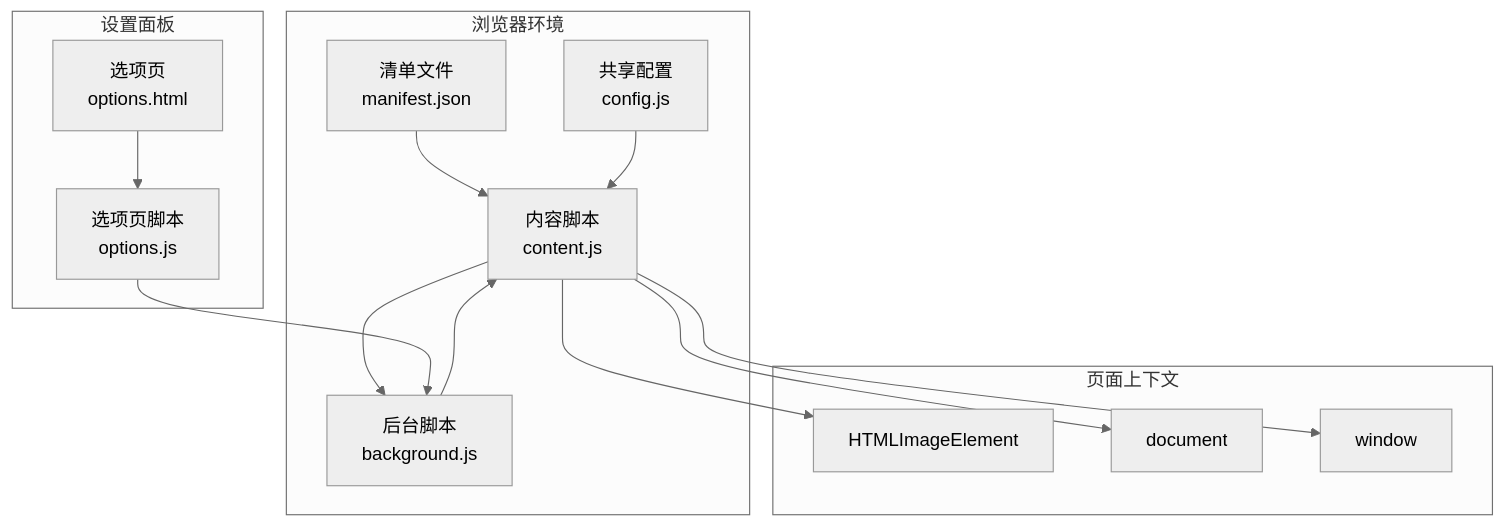
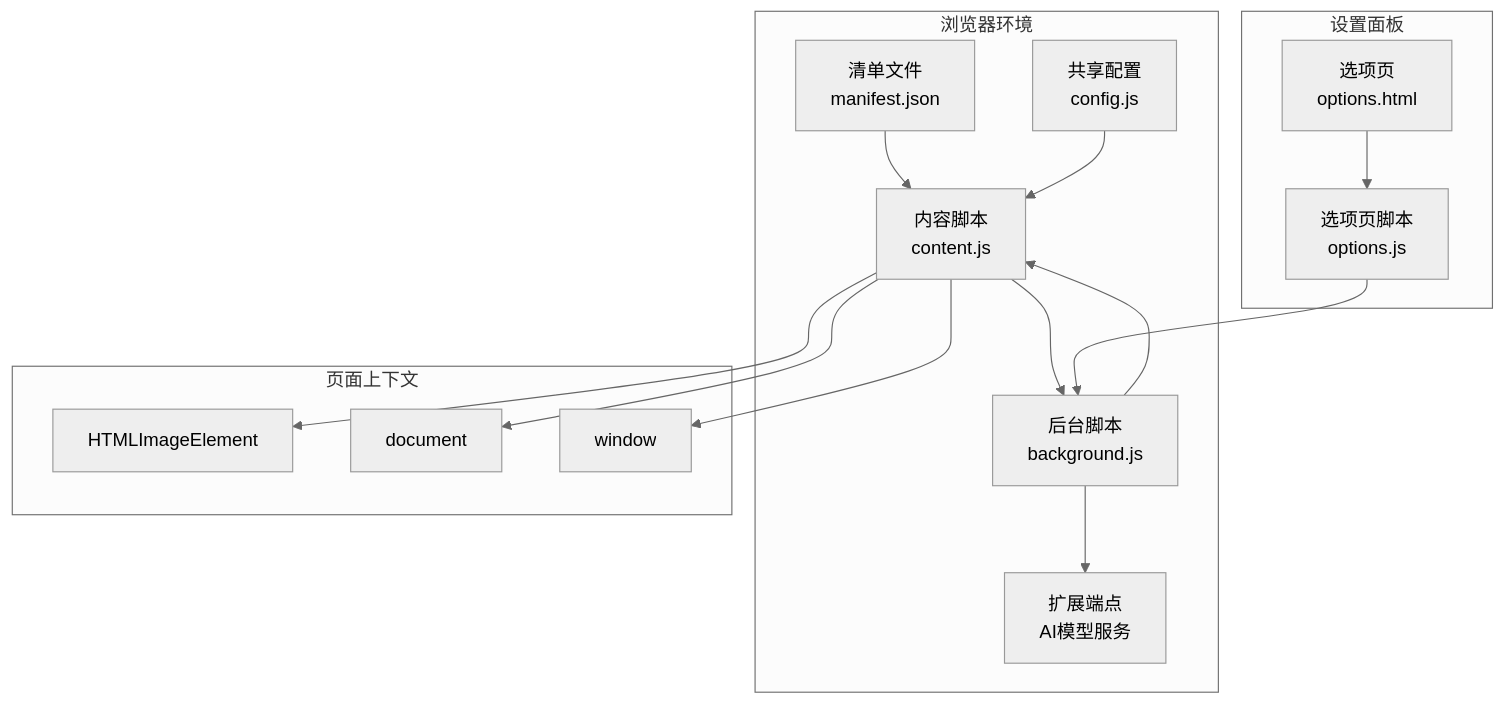
One commit to binasi/Img2Prompt changed the first of 6 diagrams in .qoder/repowiki/zh/content/技术架构/核心模块分析/内容脚本模块 (content.js).md. Above: the diagram before and after it, drawn with Mermaid (neutral theme). The commit also changed other lines of this file and 19 other files, not shown here.

````diff
--- a/.qoder/repowiki/zh/content/技术架构/核心模块分析/内容脚本模块 (content.js).md
+++ b/.qoder/repowiki/zh/content/技术架构/核心模块分析/内容脚本模块 (content.js).md
@@ -38,27 +47,29 @@
 ```mermaid
 graph TB
 subgraph "浏览器环境"
 CS["内容脚本<br/>content.js"]
 BG["后台脚本<br/>background.js"]
 CFG["共享配置<br/>config.js"]
 MAN["清单文件<br/>manifest.json"]
+END["扩展端点<br/>AI模型服务"]
 end
 subgraph "页面上下文"
 IMG["HTMLImageElement"]
 DOC["document"]
 WIN["window"]
 end
 subgraph "设置面板"
 OPT_HTML["选项页<br/>options.html"]
 OPT_JS["选项页脚本<br/>options.js"]
 end
 MAN --> CS
 CFG --> CS
 CS --> BG
 CS --> DOC
 CS --> WIN
 CS --> IMG
 OPT_HTML --> OPT_JS
 OPT_JS --> BG
 BG --> CS
+BG --> END
 ```
````
